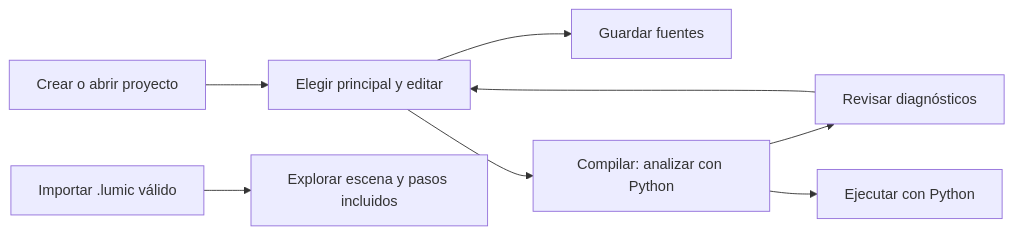
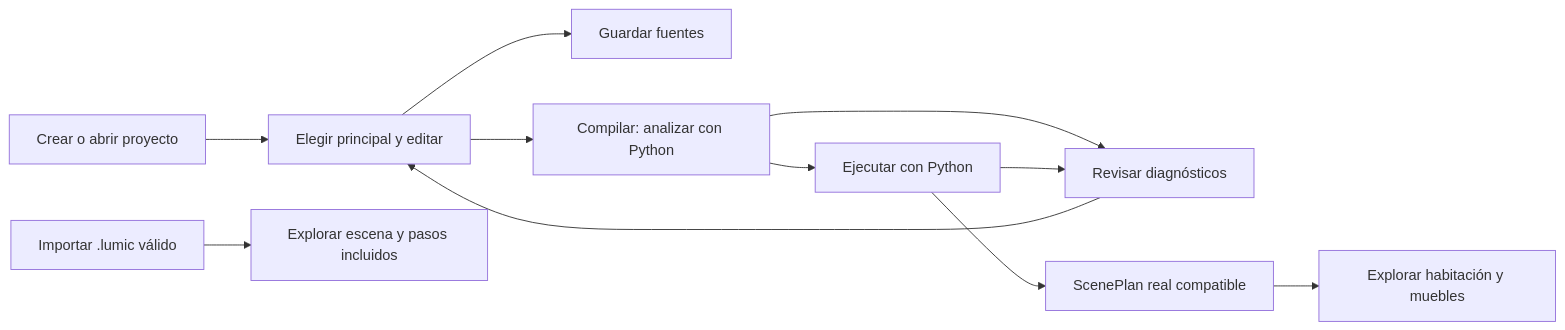
One commit to GreichelCampos/lumi_studio changed the diagram in docs/user_manual.md. Above: the diagram before and after it, drawn with Mermaid. The commit also changed other lines of this file and 10 other files, not shown here.

````diff
--- a/docs/user_manual.md
+++ b/docs/user_manual.md
@@ -19,10 +23,13 @@
 ```mermaid
 flowchart LR
     A[Crear o abrir proyecto] --> B[Elegir principal y editar]
     B --> C[Guardar fuentes]
     B --> D[Compilar: analizar con Python]
     D --> E[Revisar diagnósticos]
     E --> B
     D --> F[Ejecutar con Python]
+    F --> I[ScenePlan real compatible]
+    I --> J[Explorar habitación y muebles]
+    F --> E
     G[Importar .lumic válido] --> H[Explorar escena y pasos incluidos]
 ```
````
